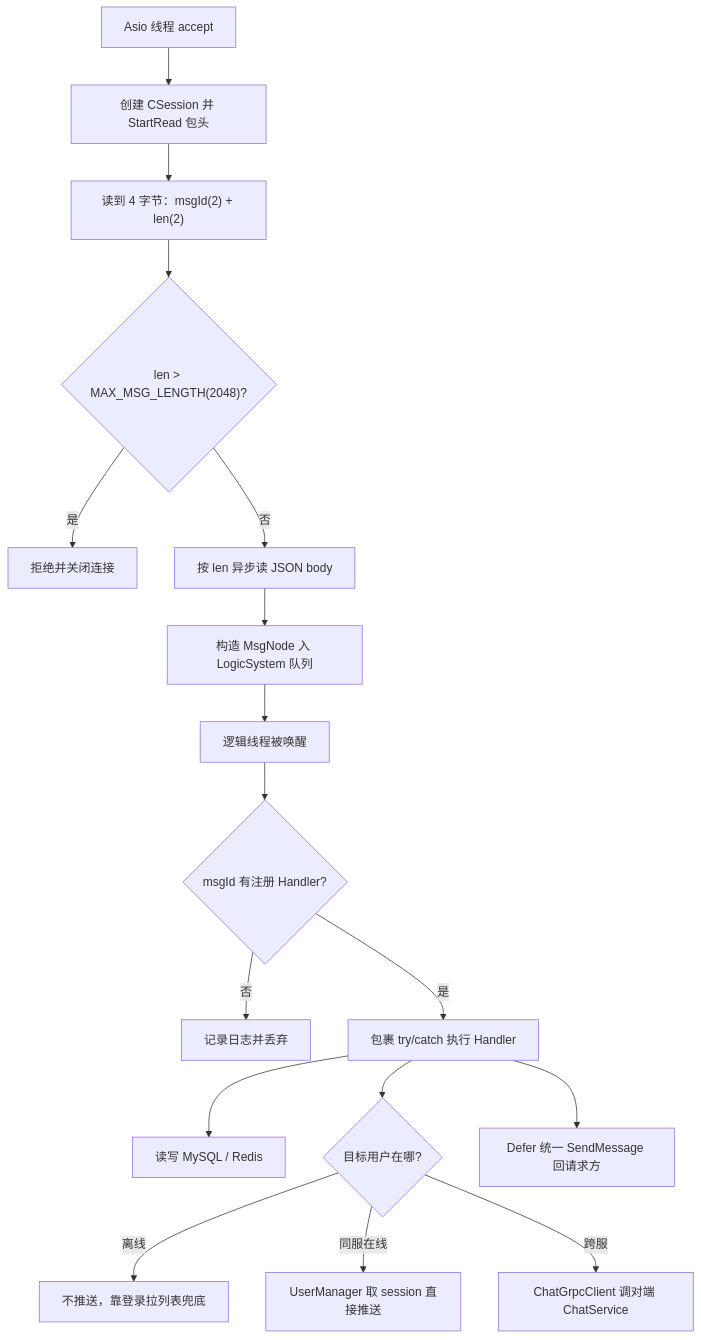
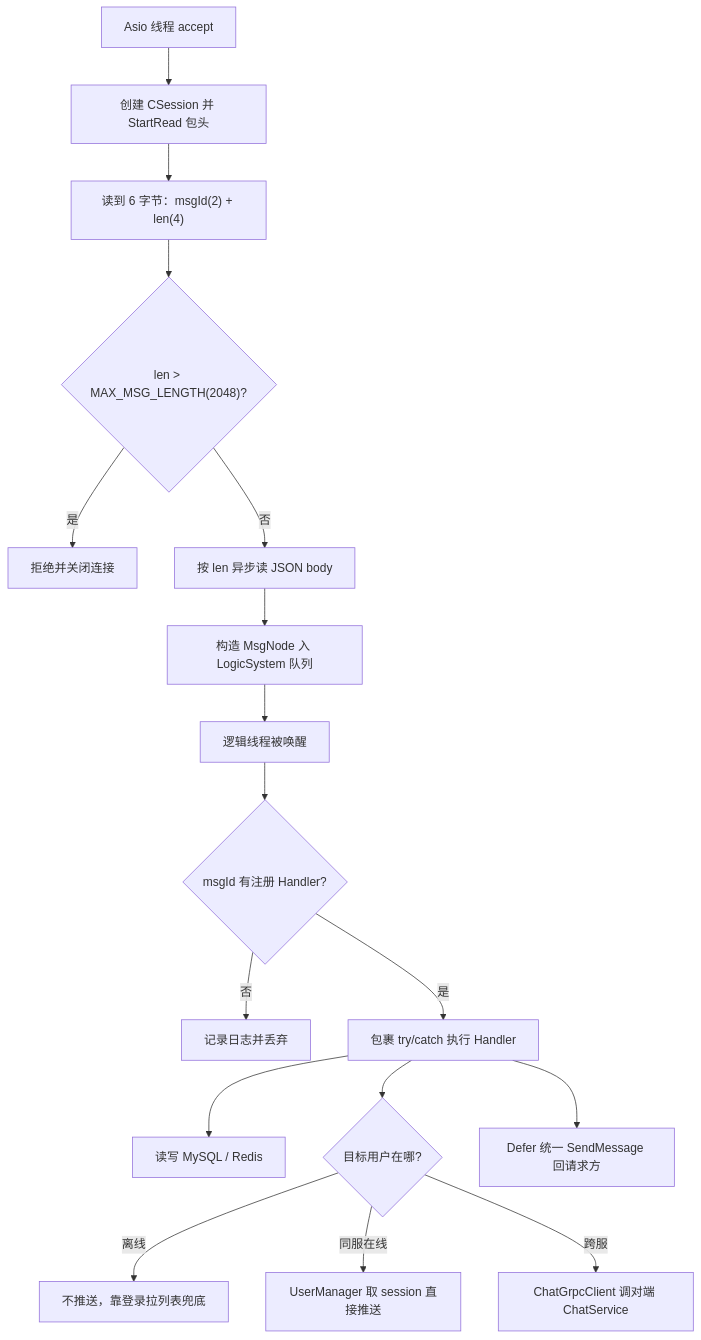
One commit to codeT2001/MyChat changed the first of 6 diagrams in Servers/ChatServer/README.md. Above: the diagram before and after it, drawn with Mermaid. The commit also changed other lines of this file and 11 other files, not shown here.

````diff
--- a/Servers/ChatServer/README.md
+++ b/Servers/ChatServer/README.md
@@ -30,19 +30,19 @@
 ```mermaid
 flowchart TD
     ACC[Asio 线程 accept] --> S[创建 CSession 并 StartRead 包头]
-    S --> H["读到 4 字节：msgId(2) + len(2)"]
+    S --> H["读到 6 字节：msgId(2) + len(4)"]
     H --> CHK{"len > MAX_MSG_LENGTH(2048)?"}
     CHK -- 是 --> CLOSE[拒绝并关闭连接]
     CHK -- 否 --> B[按 len 异步读 JSON body]
     B --> N[构造 MsgNode 入 LogicSystem 队列]
     N --> W[逻辑线程被唤醒]
     W --> HF{"msgId 有注册 Handler?"}
     HF -- 否 --> DROP[记录日志并丢弃]
     HF -- 是 --> EX[包裹 try/catch 执行 Handler]
     EX --> DS[读写 MySQL / Redis]
     EX --> RT{"目标用户在哪?"}
     RT -- 离线 --> OFF[不推送，靠登录拉列表兜底]
     RT -- 同服在线 --> LOC[UserManager 取 session 直接推送]
     RT -- 跨服 --> GRPC[ChatGrpcClient 调对端 ChatService]
     EX --> R[Defer 统一 SendMessage 回请求方]
 ```
````
